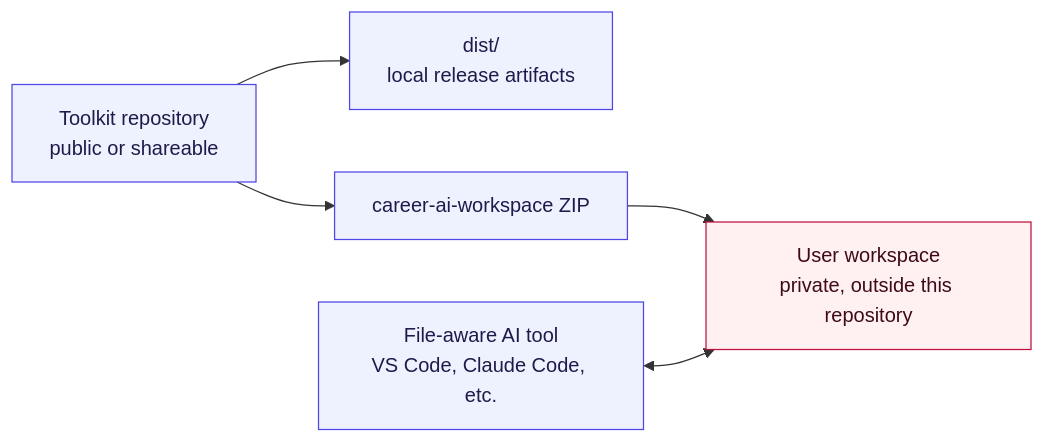
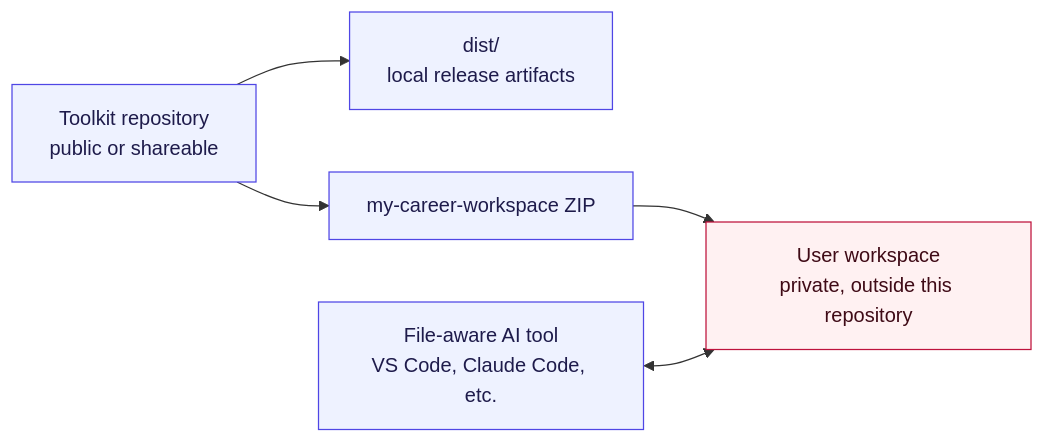
The first of 2 diagrams in docs/architecture.md (JeromeJ77/career-ai-toolkit), drawn with Mermaid before and after one commit. The commit also changed other lines of this file and 33 other files, not shown here.

First line of the commit message:
feat(coach): refocus the product on My Career Workspace

````diff
--- a/docs/architecture.md
+++ b/docs/architecture.md
@@ -19,18 +21,18 @@
 ```mermaid
 flowchart LR
     repo["Toolkit repository<br/>public or shareable"]
     dist["dist/<br/>local release artifacts"]
-    workspaceZip["career-ai-workspace ZIP"]
+    workspaceZip["my-career-workspace ZIP"]
     userWorkspace["User workspace<br/>private, outside this repository"]
     aiTool["File-aware AI tool<br/>VS Code, Claude Code, etc."]
 
     repo --> workspaceZip
     repo --> dist
     workspaceZip --> userWorkspace
     aiTool <--> userWorkspace
 
     classDef privateNode fill:#fff1f2,stroke:#be123c,color:#3f0a16;
     classDef publicNode fill:#eef2ff,stroke:#4f46e5,color:#1e1b4b;
     class userWorkspace privateNode;
     class repo,dist,workspaceZip,aiTool publicNode;
 ```
````
